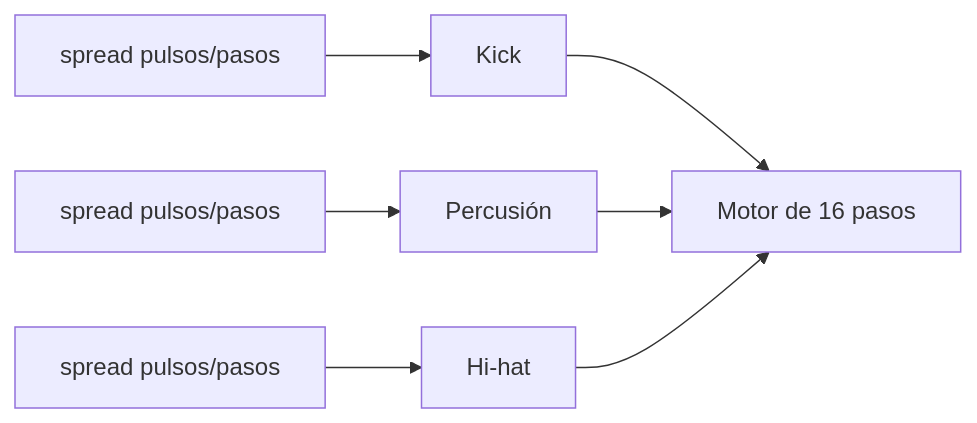
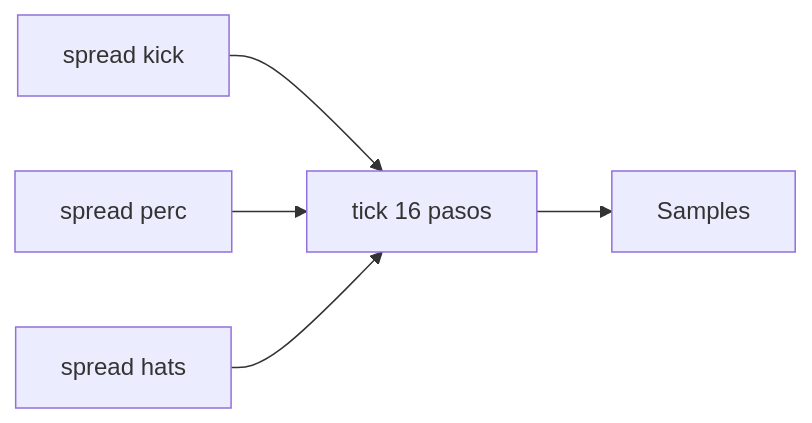
The diagram in hammerspoon/episodes/05-ritmos-euclidianos/README.md (umarquez/glitxtober-automation-scripts), drawn with Mermaid before and after one commit. The commit also changed other lines of this file and 34 other files, not shown here.

````diff
--- a/hammerspoon/episodes/05-ritmos-euclidianos/README.md
+++ b/hammerspoon/episodes/05-ritmos-euclidianos/README.md
@@ -13,9 +9,7 @@
 ```mermaid
 flowchart LR
-  P[spread pulsos/pasos] --> K[Kick]
-  P2[spread pulsos/pasos] --> S[Percusión]
-  P3[spread pulsos/pasos] --> H[Hi-hat]
-  K --> E[Motor de 16 pasos]
-  S --> E
-  H --> E
+  K[spread kick] --> T[tick 16 pasos]
+  P[spread perc] --> T
+  H[spread hats] --> T
+  T --> A[Samples]
 ```
````
